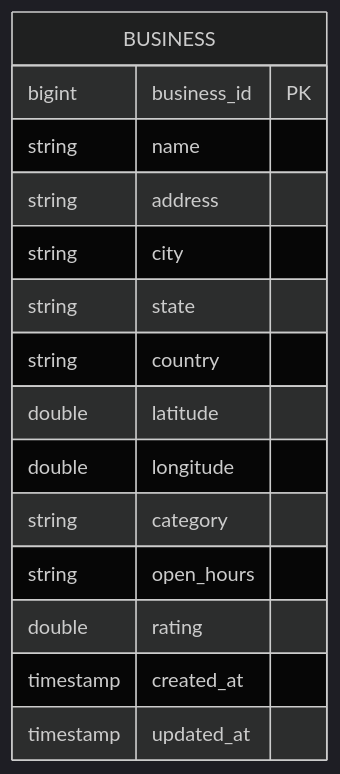
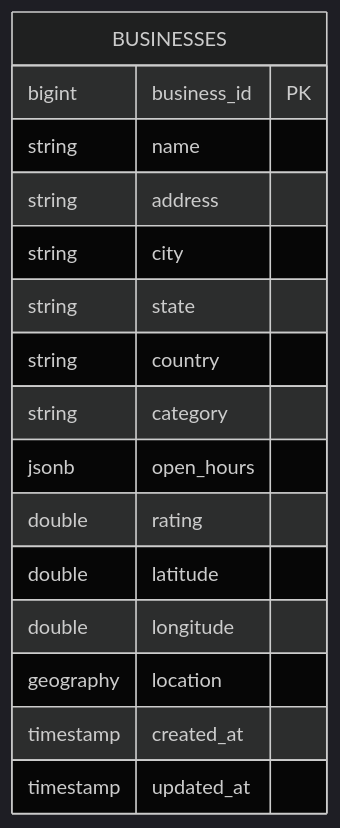
One commit to mthaiseer/springcloud-systemdesign-notes changed the fifth of 17 diagrams in HLD_NOTES/004_INTERVIEW_PROBLEMS/013_proximity_service_visual_notes.md. Above: the diagram before and after it, drawn with Mermaid (dark theme). The commit also changed other lines of this file and 1 other file, not shown here.

````diff
--- a/HLD_NOTES/004_INTERVIEW_PROBLEMS/013_proximity_service_visual_notes.md
+++ b/HLD_NOTES/004_INTERVIEW_PROBLEMS/013_proximity_service_visual_notes.md
@@ -139,18 +220,19 @@
 ```mermaid
 erDiagram
-    BUSINESS {
+    BUSINESSES {
         bigint business_id PK
         string name
         string address
         string city
         string state
         string country
+        string category
+        jsonb open_hours
+        double rating
         double latitude
         double longitude
-        string category
-        string open_hours
-        double rating
+        geography location
         timestamp created_at
         timestamp updated_at
     }
 ```
````
